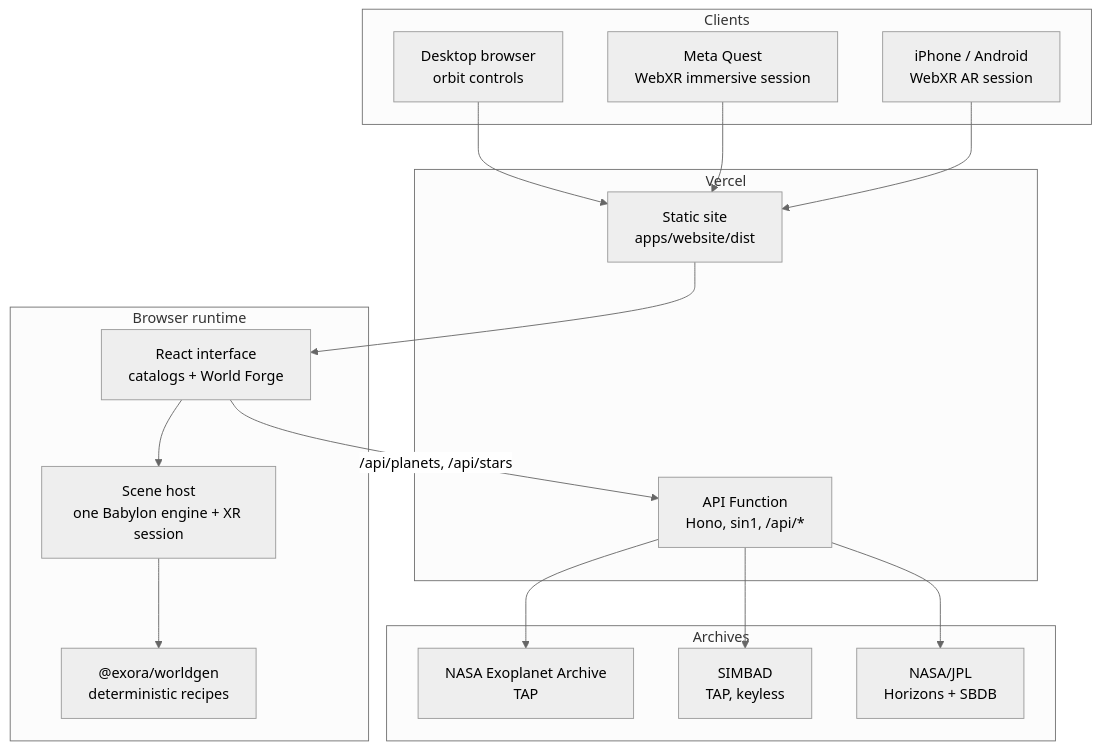
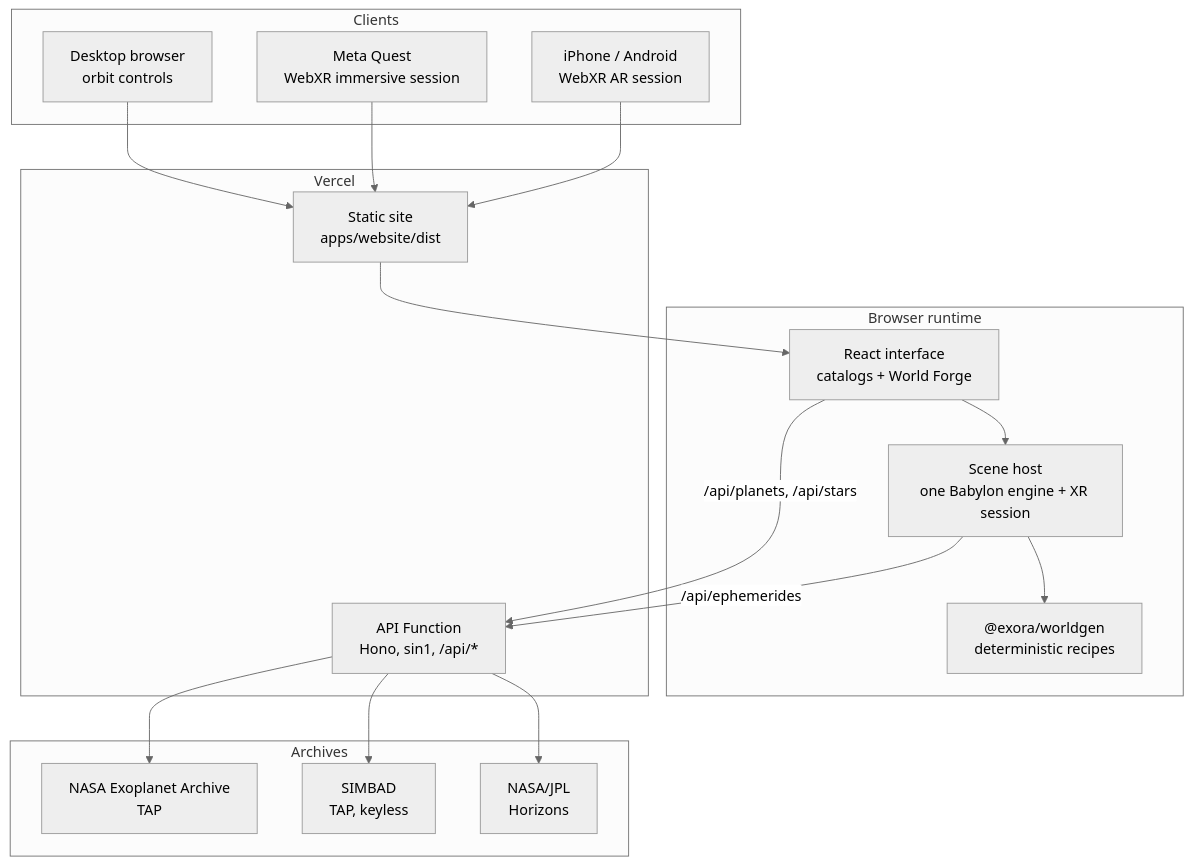
One commit to voltcrash/exora changed the diagram in README.md. Above: the diagram before and after it, drawn with Mermaid (neutral theme). The commit also changed other lines of this file and 78 other files, not shown here.

````diff
--- a/README.md
+++ b/README.md
@@ -105,38 +105,39 @@
 ```mermaid
 flowchart TB
     subgraph Clients
         Desktop["Desktop browser<br/>orbit controls"]
         Headset["Meta Quest<br/>WebXR immersive session"]
         Phone["iPhone / Android<br/>WebXR AR session"]
     end
 
     subgraph Browser["Browser runtime"]
         UI["React interface<br/>catalogs + World Forge"]
         Host["Scene host<br/>one Babylon engine + XR session"]
         Worldgen["@exora/worldgen<br/>deterministic recipes"]
     end
 
     subgraph Vercel["Vercel"]
         Static["Static site<br/>apps/website/dist"]
         Fn["API Function<br/>Hono, sin1, /api/*"]
     end
 
     subgraph Archives["Archives"]
         NASA["NASA Exoplanet Archive<br/>TAP"]
         SIMBAD["SIMBAD<br/>TAP, keyless"]
-        JPL["NASA/JPL<br/>Horizons + SBDB"]
+        JPL["NASA/JPL<br/>Horizons"]
     end
 
     Desktop --> Static
     Headset --> Static
     Phone --> Static
     Static --> UI
     UI --> Host
     Host --> Worldgen
 
     UI -->|/api/planets, /api/stars| Fn
+    Host -->|/api/ephemerides| Fn
 
     Fn --> NASA
     Fn --> SIMBAD
     Fn --> JPL
 ```
````
